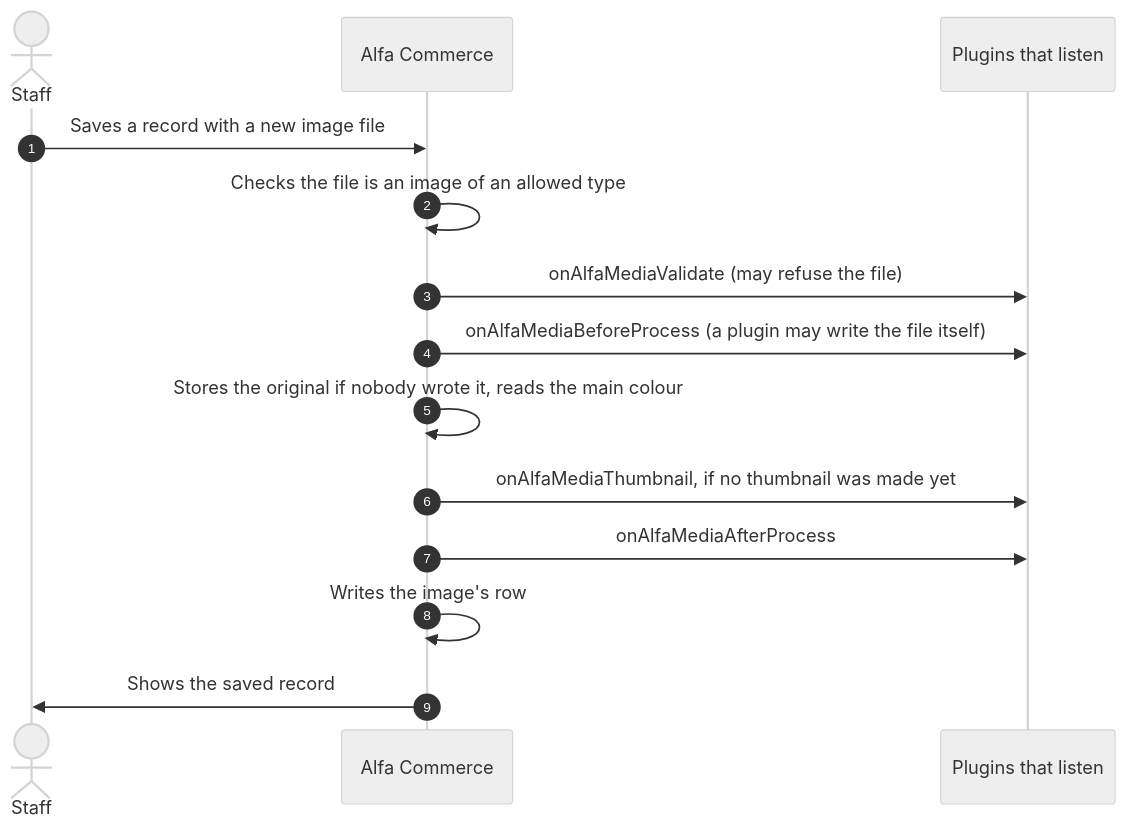
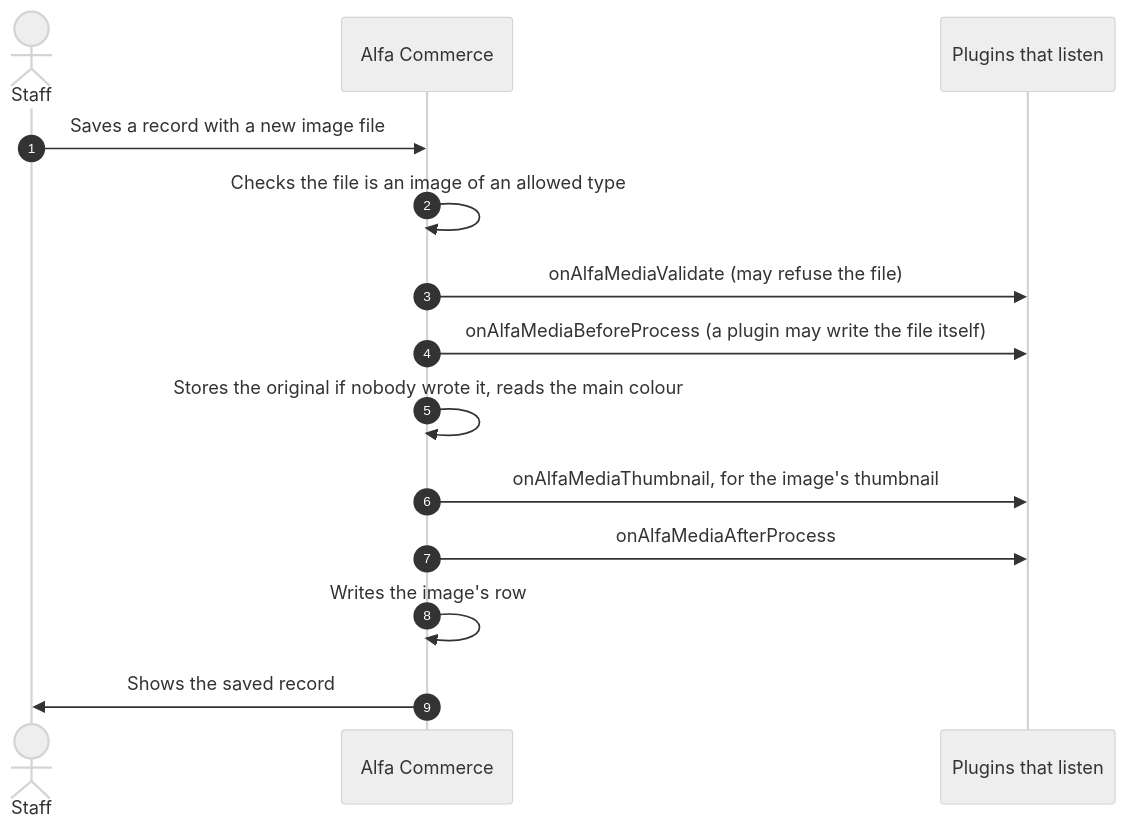
Diagram 14 of 16 in docs/events/flows.md (Easylogic-CO-LP/Alfa-Commerce-Manual), drawn with Mermaid (neutral theme) before and after one commit. The commit also changed other lines of this file, not shown here.

Commit message:
Event flows, checked against the code: Alfa records the order's parcel and the shipping plugin completes it, the Pay now address opens the order pages, every price period is announced, every thumbnail made after the image is stored, no onInventoryTransferred, the after-save step numbers

````diff
--- a/docs/events/flows.md
+++ b/docs/events/flows.md
@@ -606,16 +617,16 @@
 ```mermaid
 sequenceDiagram
     autonumber
     actor Staff
     participant Alfa as Alfa Commerce
     participant L as Plugins that listen
     Staff->>Alfa: Saves a record with a new image file
     Alfa->>Alfa: Checks the file is an image of an allowed type
     Alfa->>L: onAlfaMediaValidate (may refuse the file)
     Alfa->>L: onAlfaMediaBeforeProcess (a plugin may write the file itself)
     Alfa->>Alfa: Stores the original if nobody wrote it, reads the main colour
-    Alfa->>L: onAlfaMediaThumbnail, if no thumbnail was made yet
+    Alfa->>L: onAlfaMediaThumbnail, for the image's thumbnail
     Alfa->>L: onAlfaMediaAfterProcess
     Alfa->>Alfa: Writes the image's row
     Alfa->>Staff: Shows the saved record
 ```
````
